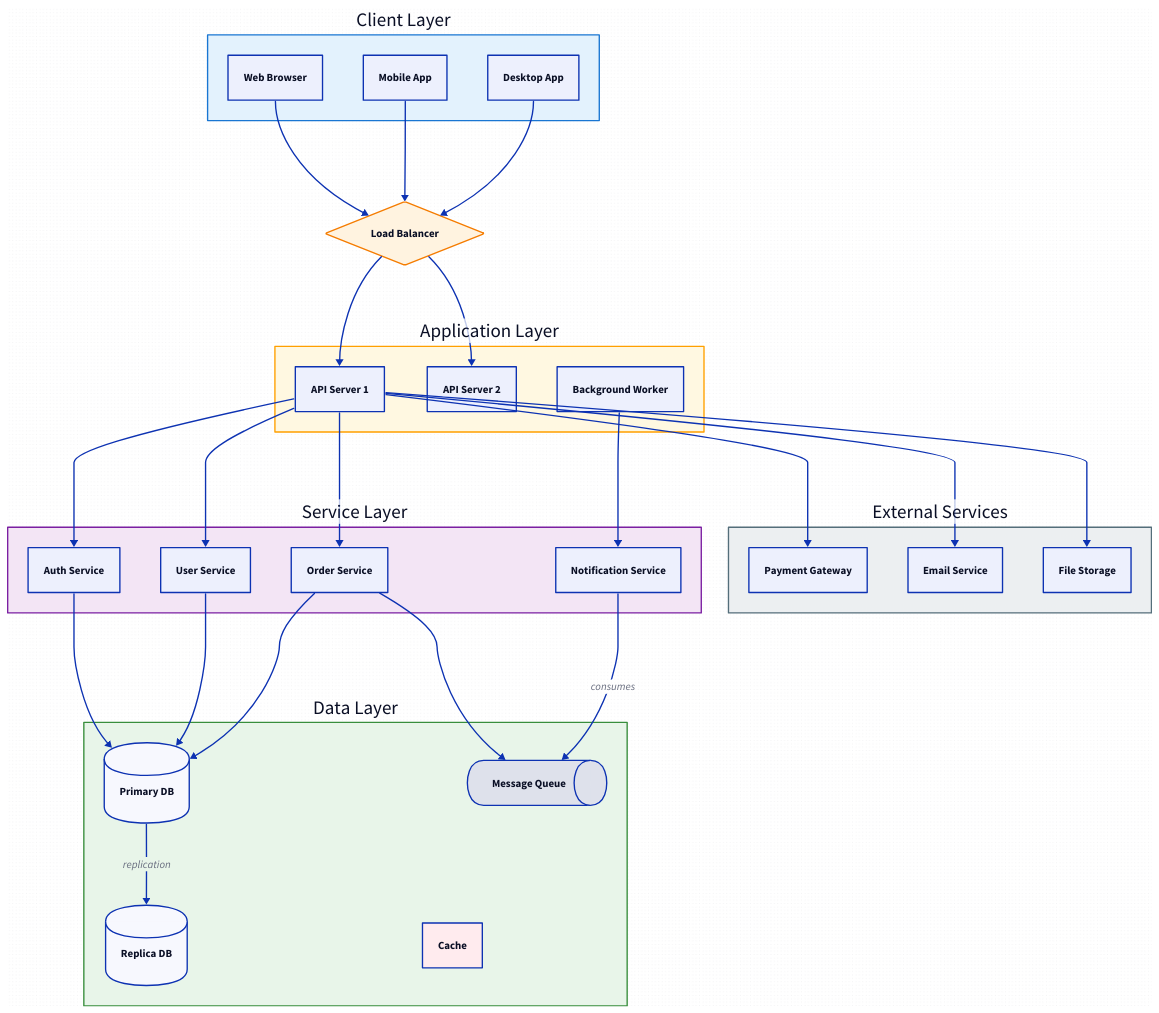
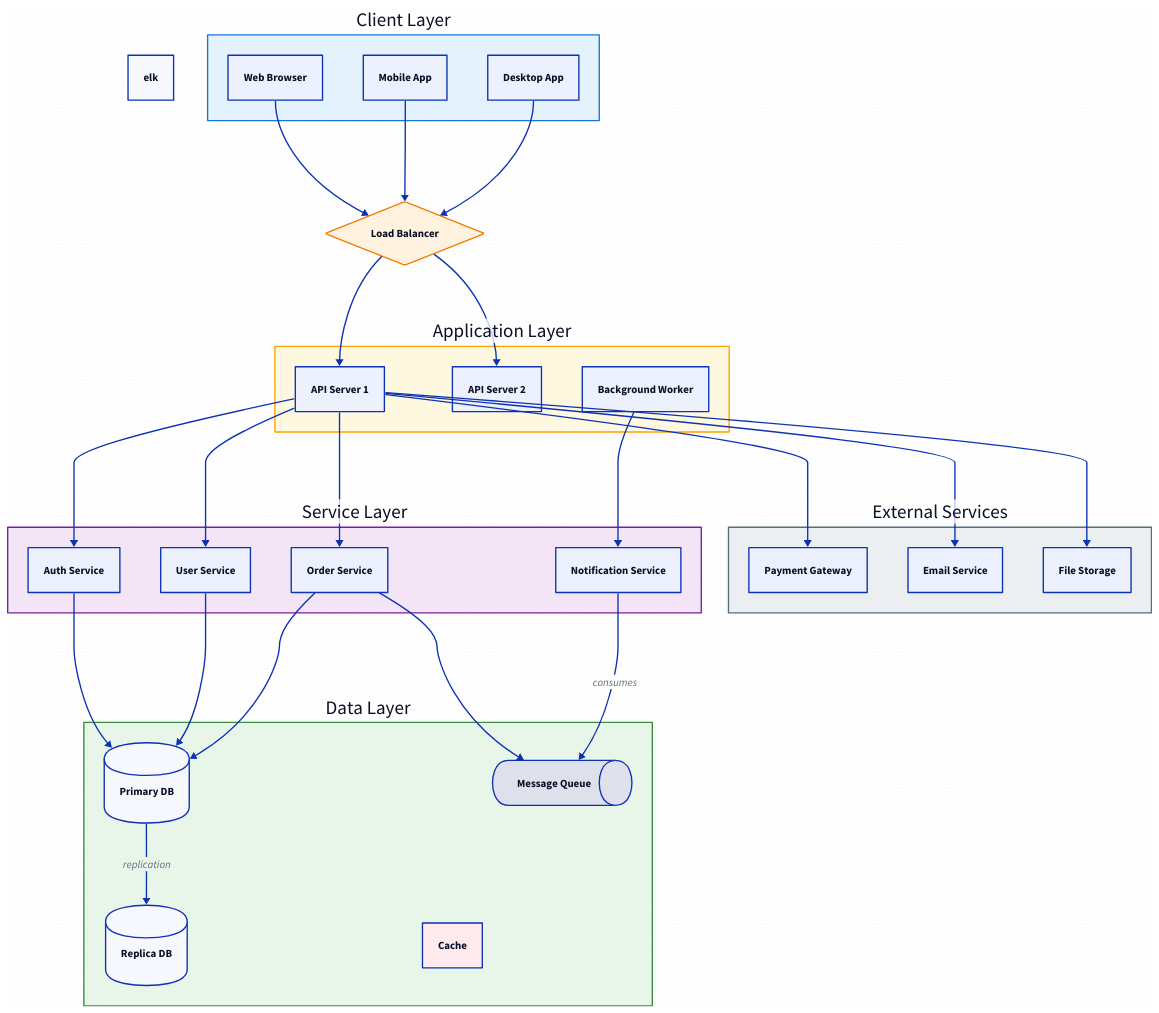
One commit to ruleizhou/han-skills changed the diagram in skills/han-d2-diagram/assets/templates/system-architecture.d2. Above: the diagram before and after it, drawn with D2. The commit also changed 15 other files, not shown here.

First line of the commit message:
feat: han-d2-diagram 连线统一为正交折线，收口单引擎 ELK

```diff
--- a/skills/han-d2-diagram/assets/templates/system-architecture.d2
+++ b/skills/han-d2-diagram/assets/templates/system-architecture.d2
@@ -1,111 +1,112 @@
 # System Architecture Template
-# Usage: d2 --sketch system-architecture.d2 output.png
+# Usage: d2 --theme=300 -l elk --sketch system-architecture.d2 output.png
 
+layout: elk
 direction: down
 
 # Global style for sketch look
 style: {
   fill-pattern: dots
   stroke-dash: 3
   border-radius: 8
   shadow: true
 }
 
 # Client Layer
 client: {
   label: Client Layer
   style.fill: "#E3F2FD"
   style.stroke: "#1976D2"
   
   web: Web Browser
   mobile: Mobile App
   desktop: Desktop App
 }
 
 # Load Balancer
 lb: Load Balancer {
   shape: diamond
   style.fill: "#FFF3E0"
   style.stroke: "#F57C00"
 }
 
 # Application Layer
 app: {
   label: Application Layer
   style.fill: "#FFF8E1"
   style.stroke: "#FFA000"
   
   api1: API Server 1
   api2: API Server 2
   worker: Background Worker
 }
 
 # Service Layer
 service: {
   label: Service Layer
   style.fill: "#F3E5F5"
   style.stroke: "#7B1FA2"
   
   auth: Auth Service
   user: User Service
   order: Order Service
   notification: Notification Service
 }
 
 # Data Layer
 data: {
   label: Data Layer
   style.fill: "#E8F5E9"
   style.stroke: "#388E3C"
   
   primary: Primary DB {
     shape: cylinder
   }
   replica: Replica DB {
     shape: cylinder
   }
   cache: Cache {
     shape: rectangle
     style.fill: "#FFEBEE"
   }
   queue: Message Queue {
     shape: queue
   }
 }
 
 # External Services
 external: {
   label: External Services
   style.fill: "#ECEFF1"
   style.stroke: "#546E7A"
   
   payment: Payment Gateway
   email: Email Service
   storage: File Storage
 }
 
 # Connections
 client.web -> lb
 client.mobile -> lb
 client.desktop -> lb
 
 lb -> app.api1
 lb -> app.api2
 
 app.api1 -> service.auth
 app.api1 -> service.user
 app.api1 -> service.order
 app.worker -> service.notification
 
 service.auth -> data.primary
 service.user -> data.primary
 service.order -> data.primary
 service.order -> data.queue
 
 service.notification -> data.queue: consumes
 
 data.primary -> data.replica: replication
 
 app.api1 -> external.payment
 app.api1 -> external.email
 app.api1 -> external.storage
```
